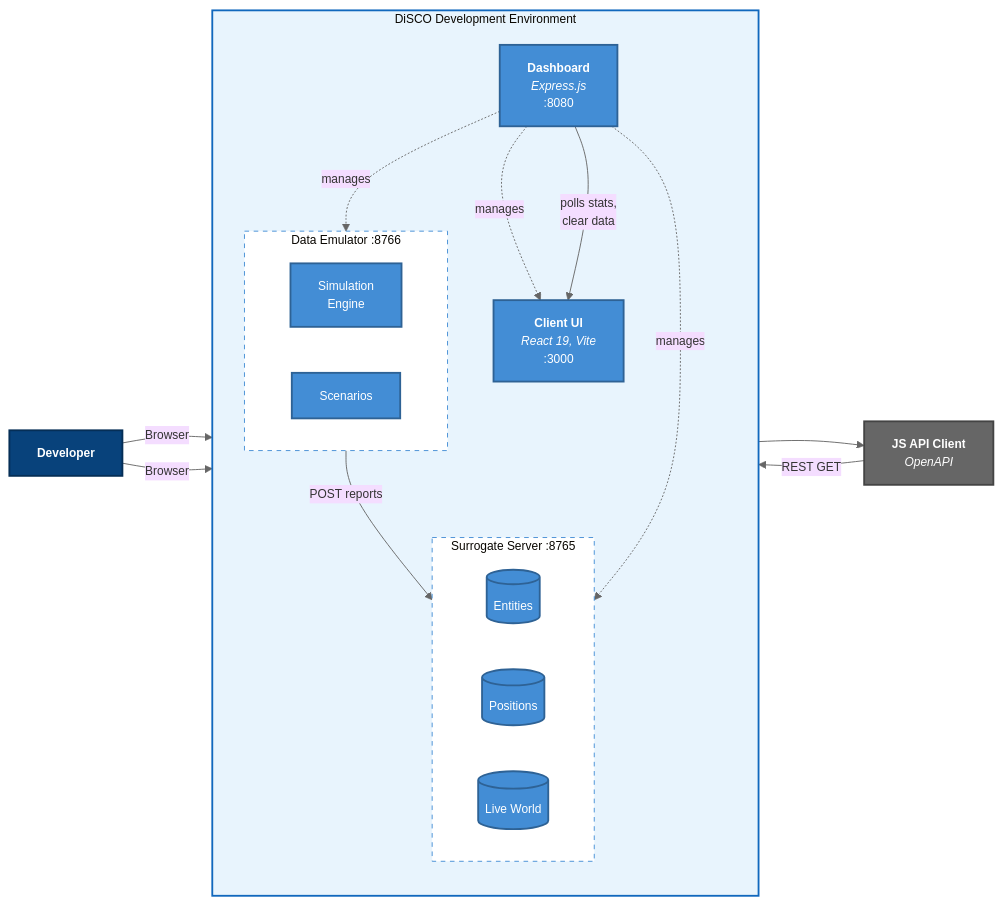
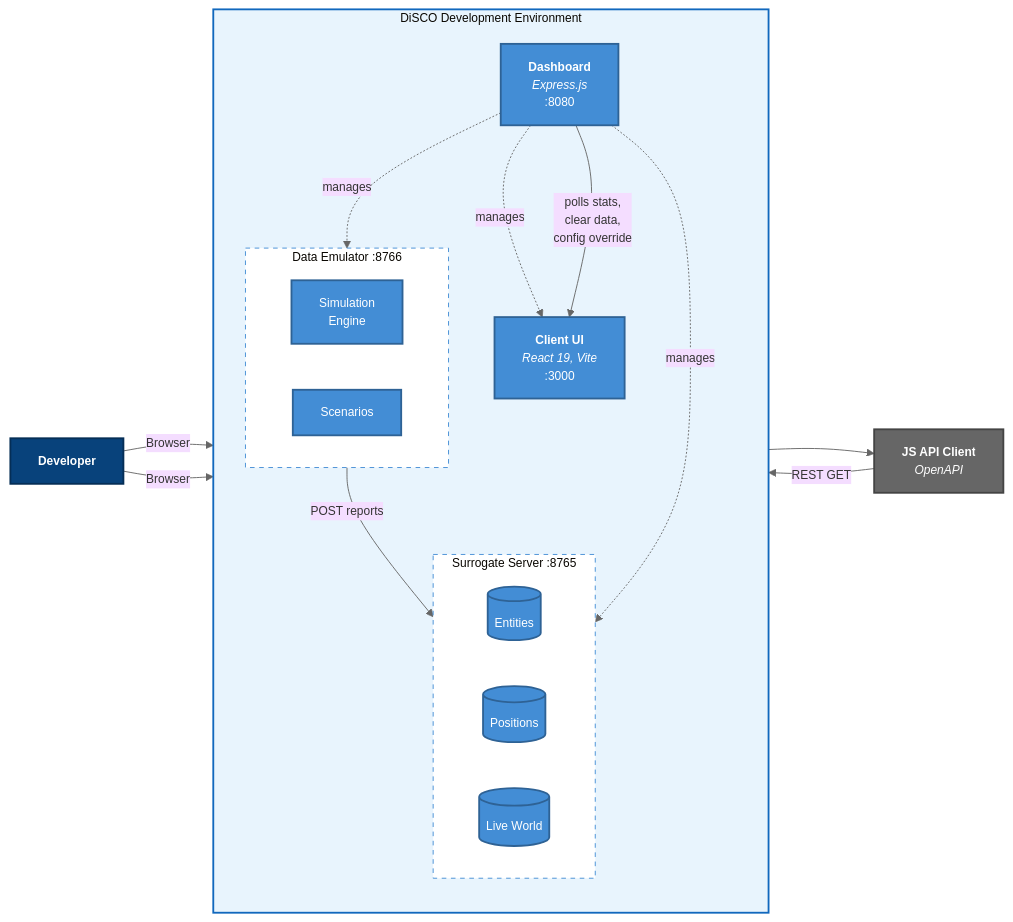
Before and after one commit to ericpauls/disco_workspace: the second of 6 diagrams in docs/c4-architecture-diagram.md, drawn with Mermaid. The commit also changed other lines of this file and 4 other files, not shown here.

````diff
--- a/docs/c4-architecture-diagram.md
+++ b/docs/c4-architecture-diagram.md
@@ -50,49 +50,49 @@
 ```mermaid
 %%{init: {'theme': 'base', 'themeVariables': { 'lineColor': '#666', 'fontSize': '13px'}}}%%
 flowchart LR
     dev["<b>Developer</b>"]
 
     subgraph disco["&nbsp;&nbsp;DiSCO Development Environment&nbsp;&nbsp;"]
         direction TB
         dash["<b>Dashboard</b><br/><i>Express.js</i><br/>:8080"]
         client["<b>Client UI</b><br/><i>React 19, Vite</i><br/>:3000"]
 
         subgraph server["&nbsp;&nbsp;Surrogate Server :8765&nbsp;&nbsp;"]
             direction LR
             entity_db[("Entities")]
             pos_db[("Positions")]
             lw_db[("Live World")]
         end
 
         subgraph emulator["&nbsp;&nbsp;Data Emulator :8766&nbsp;&nbsp;"]
             sim["Simulation<br/>Engine"]
             scenarios["Scenarios"]
         end
     end
 
     js_client["<b>JS API Client</b><br/><i>OpenAPI</i>"]
 
     dev -->|Browser| dash
     dev -->|Browser| client
     client --> js_client
     js_client -->|REST GET| server
     emulator -->|POST reports| server
     dash -.->|manages| server
     dash -.->|manages| emulator
     dash -.->|manages| client
-    dash -->|polls stats,<br/>clear data| client
+    dash -->|polls stats,<br/>clear data,<br/>config override| client
 
     classDef person fill:#08427B,stroke:#052E56,color:#fff,stroke-width:2px
     classDef container fill:#438DD5,stroke:#2E6295,color:#fff,stroke-width:2px
     classDef db fill:#438DD5,stroke:#2E6295,color:#fff,stroke-width:2px
     classDef ext fill:#666,stroke:#444,color:#fff,stroke-width:2px
     classDef boundary fill:#E8F4FD,stroke:#1168BD,stroke-width:2px
     classDef inner fill:#fff,stroke:#438DD5,stroke-width:1px,stroke-dasharray: 5 5
 
     class dev person
     class dash,client,sim,scenarios container
     class entity_db,pos_db,lw_db db
     class js_client ext
     class disco boundary
     class server,emulator inner
 ```
````
